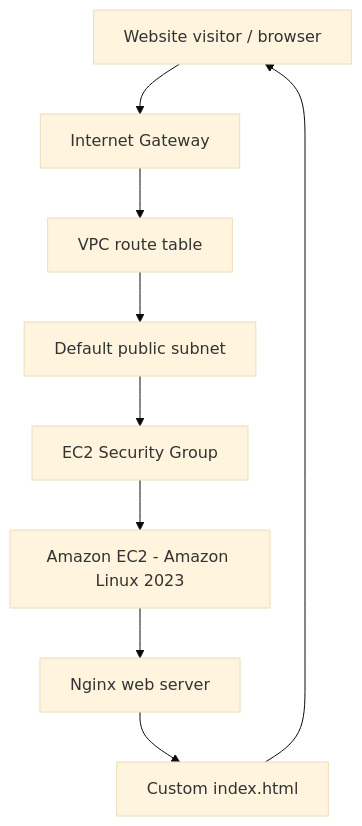
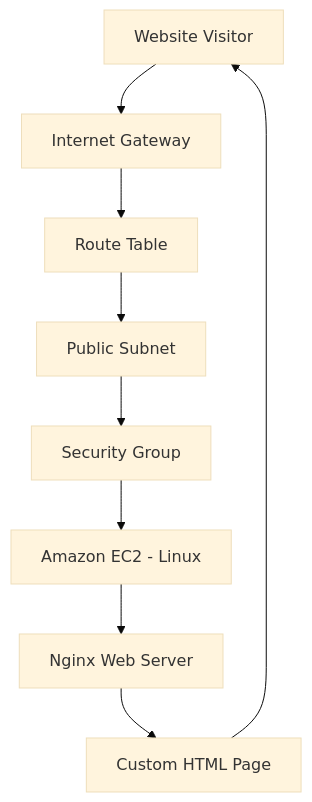
Before and after one commit to masoud-shafiezadeh-neyestanak/aws-cloud-learning-and-projects: the diagram in 04-cloud-projects/project-03-ec2-linux-web-server/README.md, drawn with Mermaid (base theme). The commit also changed other lines of this file, not shown here.

````diff
--- a/04-cloud-projects/project-03-ec2-linux-web-server/README.md
+++ b/04-cloud-projects/project-03-ec2-linux-web-server/README.md
@@ -47,11 +51,11 @@
 ```mermaid
 flowchart TD
-    U[Website visitor / browser] --> IGW[Internet Gateway]
-    IGW --> RT[ VPC route table ]
-    RT --> SUB[Default public subnet]
-    SUB --> SG[EC2 Security Group]
-    SG --> EC2[Amazon EC2 - Amazon Linux 2023]
-    EC2 --> NGINX[Nginx web server]
-    NGINX --> HTML[Custom index.html]
+    U[Website Visitor] --> IGW[Internet Gateway]
+    IGW --> RT[Route Table]
+    RT --> SUB[Public Subnet]
+    SUB --> SG[Security Group]
+    SG --> EC2[Amazon EC2 - Linux]
+    EC2 --> NGINX[Nginx Web Server]
+    NGINX --> HTML[Custom HTML Page]
     HTML --> U
 ```
````
